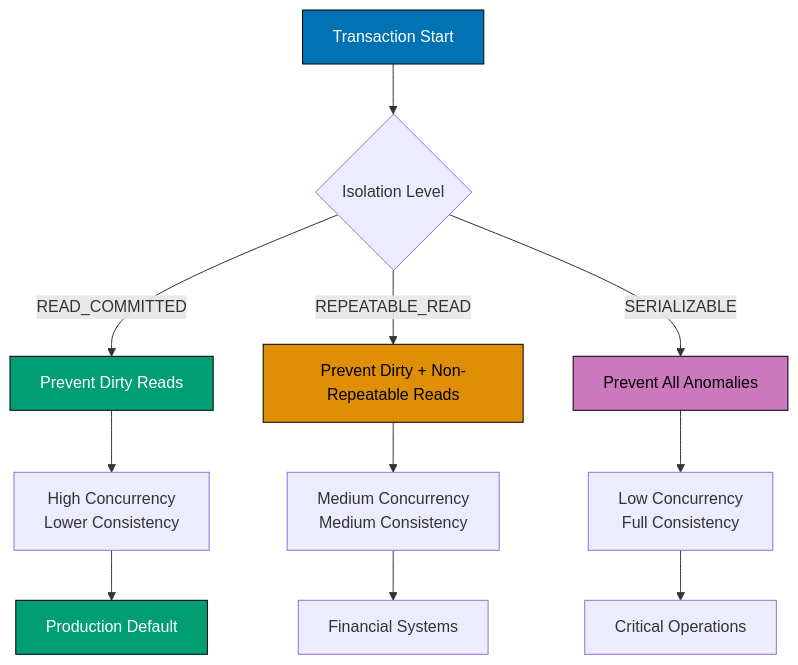
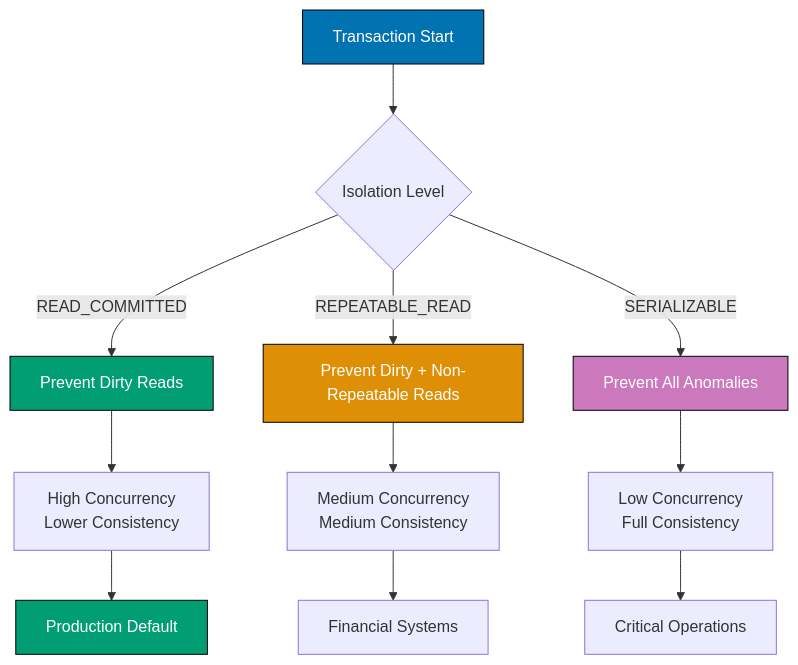
Before and after one commit to wahidyankf/open-sharia-enterprise: the second of 10 diagrams in apps/ayokoding-web/content/en/learn/software-engineering/platform-web/tools/jvm-spring-boot/by-example/intermediate.md, drawn with Mermaid. The commit also changed other lines of this file and 61 other files, not shown here.

First line of the commit message:
fix(ayokoding-web): quote Mermaid node labels with special characters in Example 63

````diff
--- a/apps/ayokoding-web/content/en/learn/software-engineering/platform-web/tools/jvm-spring-boot/by-example/intermediate.md
+++ b/apps/ayokoding-web/content/en/learn/software-engineering/platform-web/tools/jvm-spring-boot/by-example/intermediate.md
@@ -468,23 +468,23 @@
 ```mermaid
 %% Color Palette: Blue #0173B2, Orange #DE8F05, Teal #029E73, Purple #CC78BC, Brown #CA9161
 graph TD
     A[Transaction Start] --> B{Isolation Level}
 
     B -->|READ_COMMITTED| C[Prevent Dirty Reads]
     B -->|REPEATABLE_READ| D[Prevent Dirty + Non-Repeatable Reads]
     B -->|SERIALIZABLE| E[Prevent All Anomalies]
 
     C --> F[High Concurrency<br/>Lower Consistency]
     D --> G[Medium Concurrency<br/>Medium Consistency]
     E --> H[Low Concurrency<br/>Full Consistency]
 
     F --> I[Production Default]
     G --> J[Financial Systems]
     H --> K[Critical Operations]
 
     style A fill:#0173B2,stroke:#000,color:#fff
     style C fill:#029E73,stroke:#000,color:#fff
-    style D fill:#DE8F05,stroke:#000,color:#000
-    style E fill:#CC78BC,stroke:#000,color:#000
+    style D fill:#DE8F05,stroke:#000,color:#fff
+    style E fill:#CC78BC,stroke:#000,color:#fff
     style I fill:#029E73,stroke:#000,color:#fff
 ```
````
